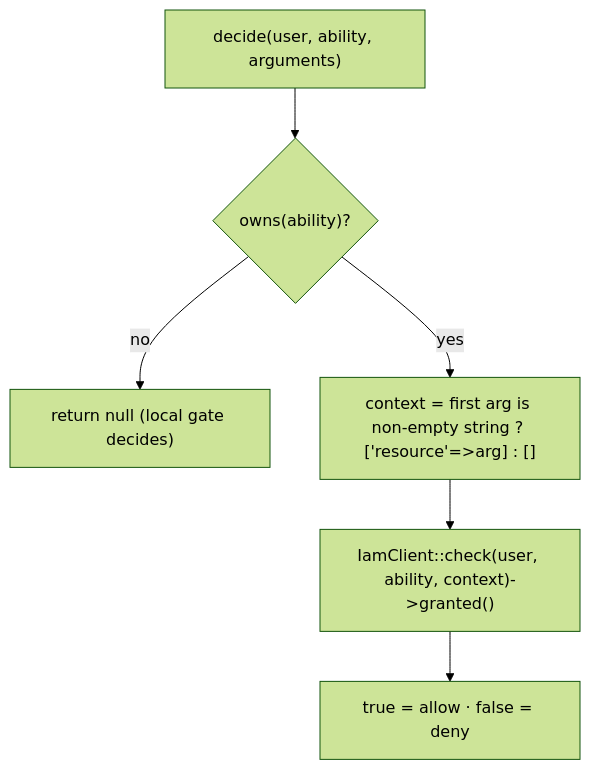
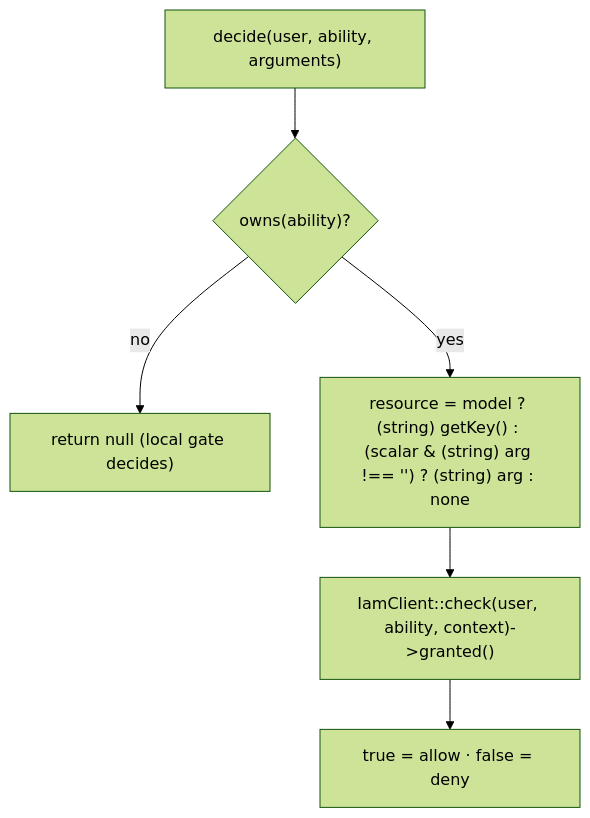
Before and after one commit to padosoft/laravel-iam-client: the diagram in docs-site/docs/reference/middleware-and-gate.md, drawn with Mermaid (forest theme). The commit also changed other lines of this file and 5 other files, not shown here.

````diff
--- a/docs-site/docs/reference/middleware-and-gate.md
+++ b/docs-site/docs/reference/middleware-and-gate.md
@@ -102,8 +108,8 @@
 ```mermaid
 flowchart TD
     A["decide(user, ability, arguments)"] --> O{"owns(ability)?"}
     O -->|no| N["return null (local gate decides)"]
-    O -->|yes| C["context = first arg is non-empty string ? ['resource'=>arg] : []"]
+    O -->|yes| C["resource = model ? (string) getKey() : (scalar & (string) arg !== '') ? (string) arg : none"]
     C --> G["IamClient::check(user, ability, context)->granted()"]
     G --> R["true = allow · false = deny"]
 ```
````
